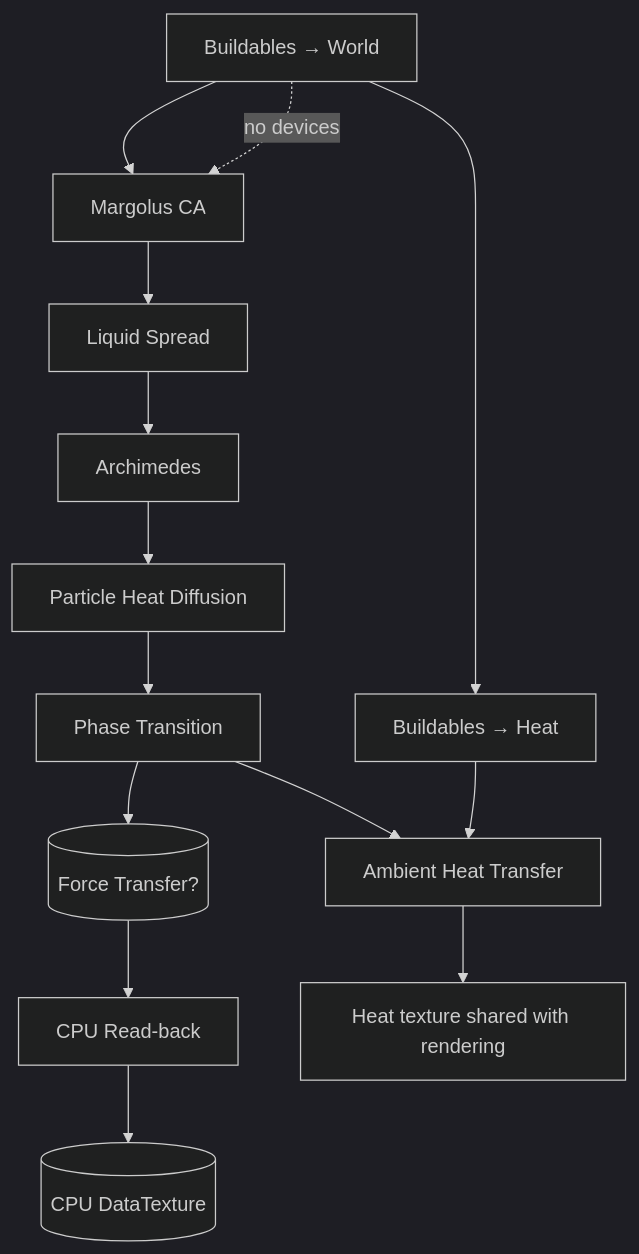
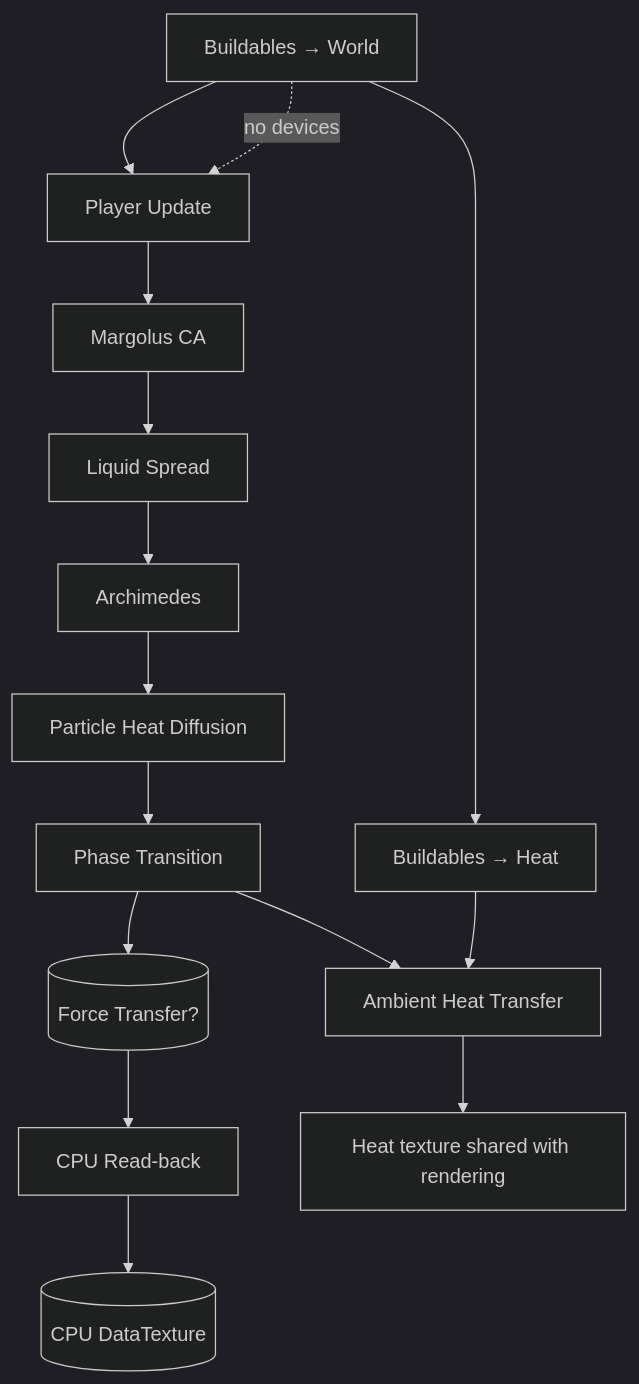
One commit to gurbano/sandymarton changed the diagram in docs/simulation.md. Above: the diagram before and after it, drawn with Mermaid (dark theme). The commit also changed other lines of this file and 22 other files, not shown here.

````diff
--- a/docs/simulation.md
+++ b/docs/simulation.md
@@ -7,16 +7,17 @@
 ```mermaid
 flowchart TD
-  BW[Buildables → World] --> Margolus
-  BW -. no devices .-> Margolus
+  BW[Buildables → World] --> Player[Player Update]
+  BW -. no devices .-> Player
+  Player --> Margolus
   Margolus[Margolus CA] --> Liquid[Liquid Spread]
     Liquid --> Archimedes
     Archimedes --> ParticleHeat[Particle Heat Diffusion]
     ParticleHeat --> Phase[Phase Transition]
     Phase --> Force[(Force Transfer?)]
     Force --> Readback[CPU Read-back]
     BW --> HeatBuildables[Buildables → Heat]
     HeatBuildables --> Ambient[Ambient Heat Transfer]
     Phase --> Ambient
   Ambient --> Post[Heat texture shared with rendering]
     Readback --> CPUTexture[(CPU DataTexture)]
 ```
````
